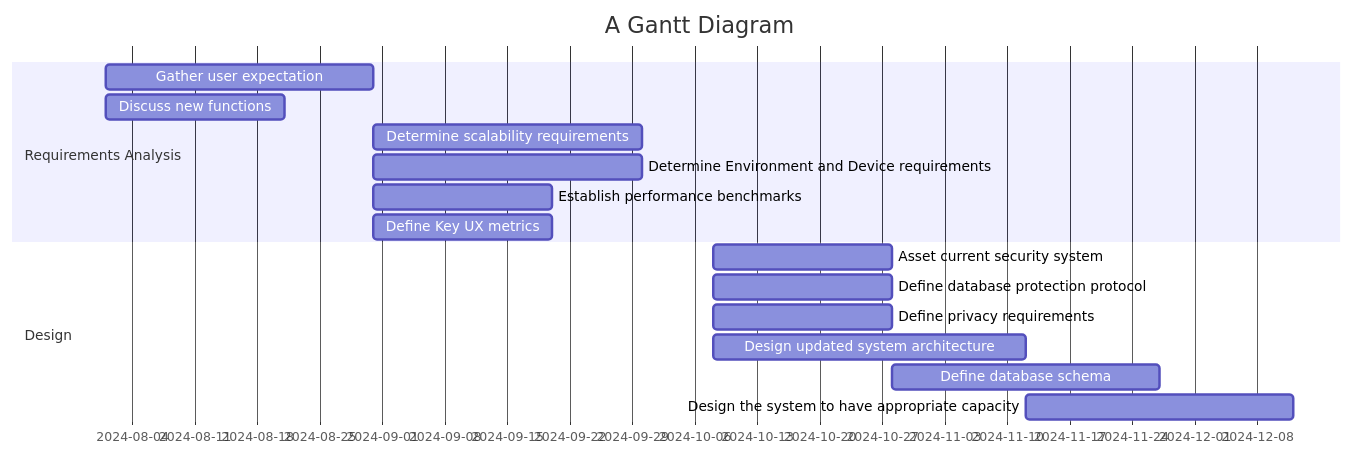
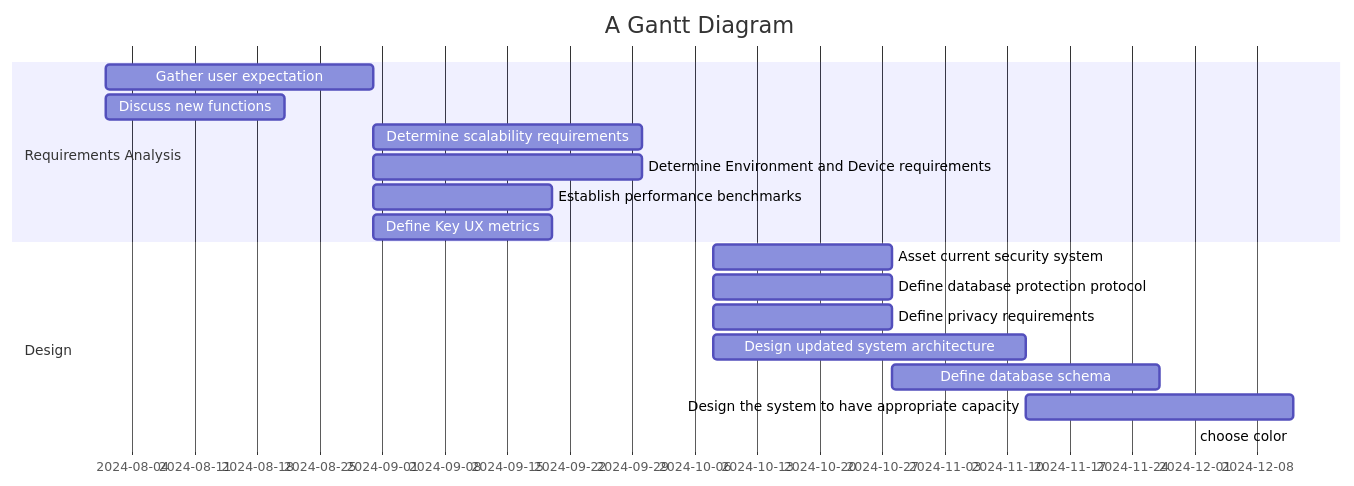
Before and after one commit to sayshelley/iodraw-files: the diagram in all/Untitled-2.md, drawn with Mermaid.

Commit message:
2024-10-05 00:23:08 update

````diff
--- a/all/Untitled-2.md
+++ b/all/Untitled-2.md
@@ -1,30 +1,30 @@
 ```mermaid
 gantt
     title A Gantt Diagram
     dateFormat  YYYY-MM-DD
     section Requirements Analysis
         Gather user expectation: a4, 2024-08-01, 30d
         Discuss new functions: a6, 2024-08-01, 20d
         Determine scalability requirements: a1, after a4, 30d
         Determine Environment and Device requirements: a2, after a4, 30d
         Establish performance benchmarks: a3, after a4, 20d
         Define Key UX metrics: a5, after a4, 20d
         
     section Design
         Asset current security system: b1, 2024-10-08, 20d
         Define database protection protocol: b2, 2024-10-08, 20d
         Define privacy requirements: b3, 2024-10-08, 20d
         Design updated system architecture: b4, 2024-10-08, 35d
         Define database schema: b5, after b2, 30d
         Design the system to have appropriate capacity: b6, after b4, 30d
-        
+        choose color: 
 
 
     section Develop
 
 
     
 
 
    
 ```
````
